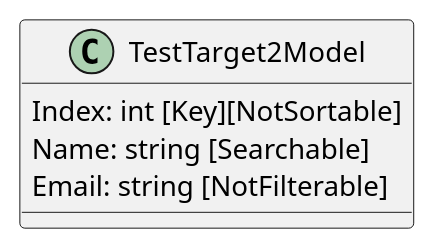
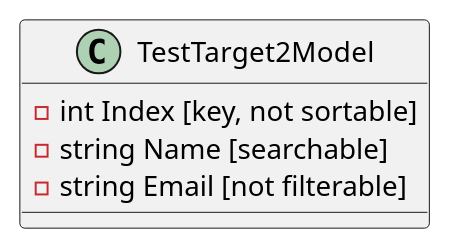
One commit to mwwhited-forks/dotnet-libs changed the first of 5 diagrams in docs/generated/Framework/Eliassen.System.Tests/Linq/TestTargets/Documentation.md. Above: the diagram before and after it, drawn with PlantUML. The commit also changed other lines of this file and 444 other files, not shown here.

````diff
--- a/docs/generated/Framework/Eliassen.System.Tests/Linq/TestTargets/Documentation.md
+++ b/docs/generated/Framework/Eliassen.System.Tests/Linq/TestTargets/Documentation.md
@@ -22,10 +11,9 @@
 ```plantuml
 @startuml
 class TestTarget2Model {
-  Index: int [Key][NotSortable]
-  Name: string [Searchable]
-  Email: string [NotFilterable]
+    - int Index [key, not sortable]
+    - string Name [searchable]
+    - string Email [not filterable]
 }
-
 @enduml
 ```
````
